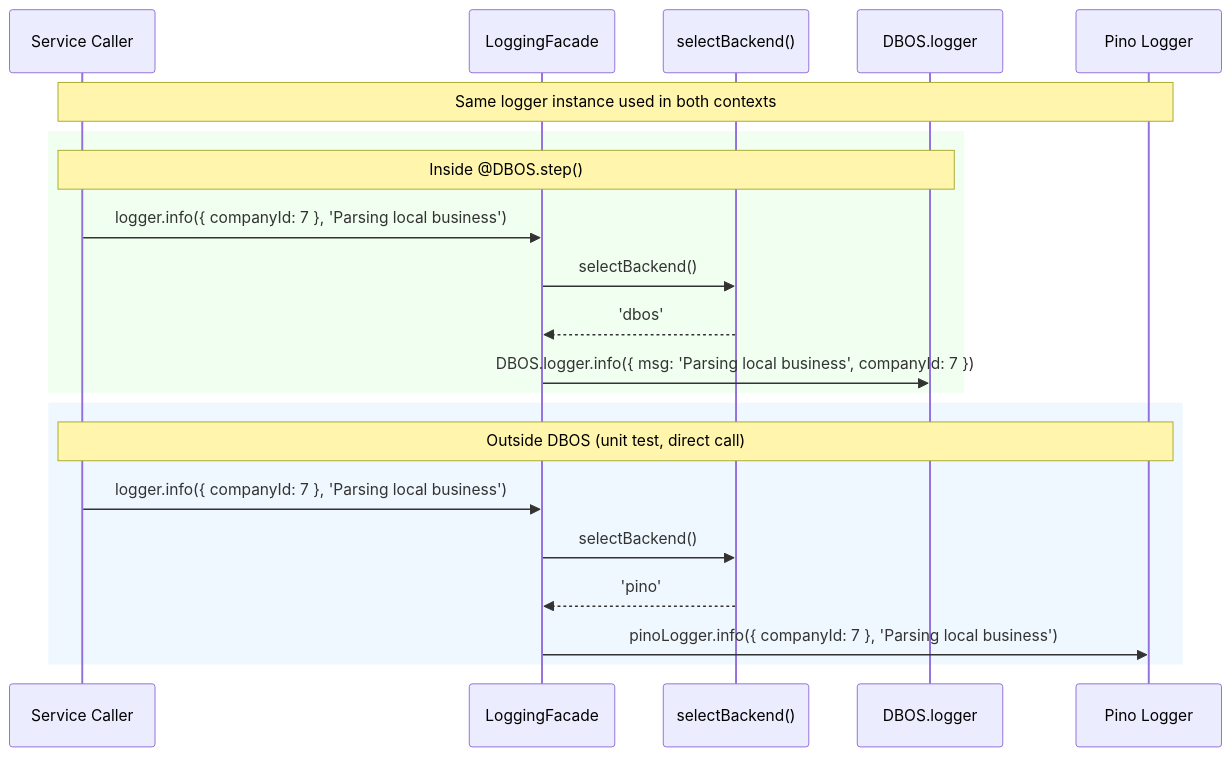
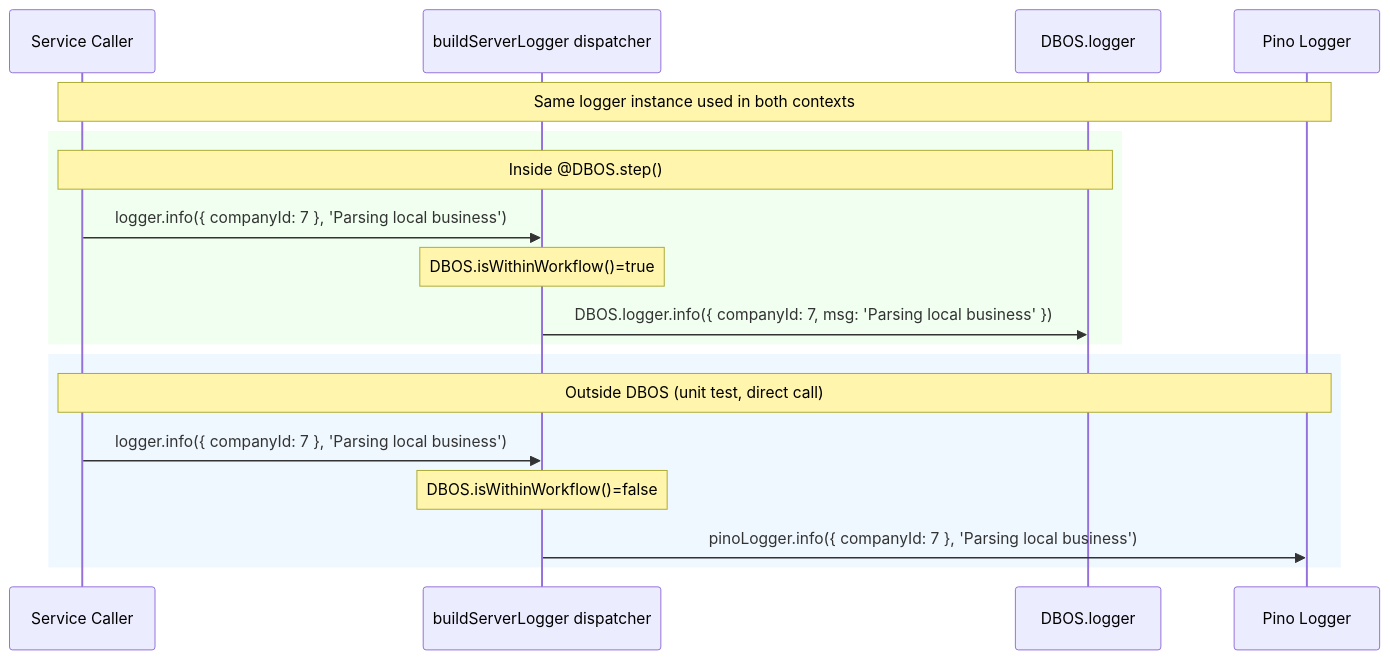
The fourth of 7 diagrams in docs/logging-facade-design.md (phonetastic-eng/phonetastic-server), drawn with Mermaid before and after one commit. The commit also changed other lines of this file and 9 other files, not shown here.

````diff
--- a/docs/logging-facade-design.md
+++ b/docs/logging-facade-design.md
@@ -101,26 +90,23 @@
 ```mermaid
 sequenceDiagram
     participant C as Service Caller
-    participant F as LoggingFacade
-    participant O as selectBackend()
+    participant F as buildServerLogger dispatcher
     participant D as DBOS.logger
     participant P as Pino Logger
 
     note over C,P: Same logger instance used in both contexts
 
     rect rgb(240, 255, 240)
     note over C,D: Inside @DBOS.step()
     C->>F: logger.info({ companyId: 7 }, 'Parsing local business')
-    F->>O: selectBackend()
-    O-->>F: 'dbos'
-    F->>D: DBOS.logger.info({ msg: 'Parsing local business', companyId: 7 })
+    note over F: DBOS.isWithinWorkflow()=true
+    F->>D: DBOS.logger.info({ companyId: 7, msg: 'Parsing local business' })
     end
 
     rect rgb(240, 248, 255)
     note over C,P: Outside DBOS (unit test, direct call)
     C->>F: logger.info({ companyId: 7 }, 'Parsing local business')
-    F->>O: selectBackend()
-    O-->>F: 'pino'
+    note over F: DBOS.isWithinWorkflow()=false
     F->>P: pinoLogger.info({ companyId: 7 }, 'Parsing local business')
     end
 ```
````
